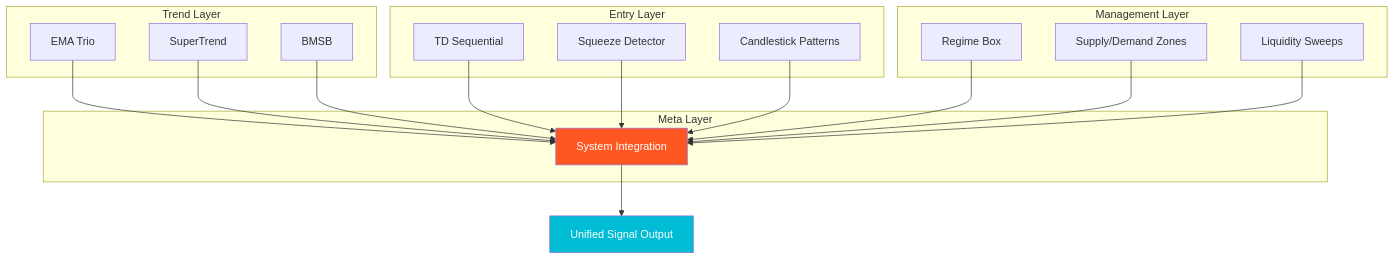
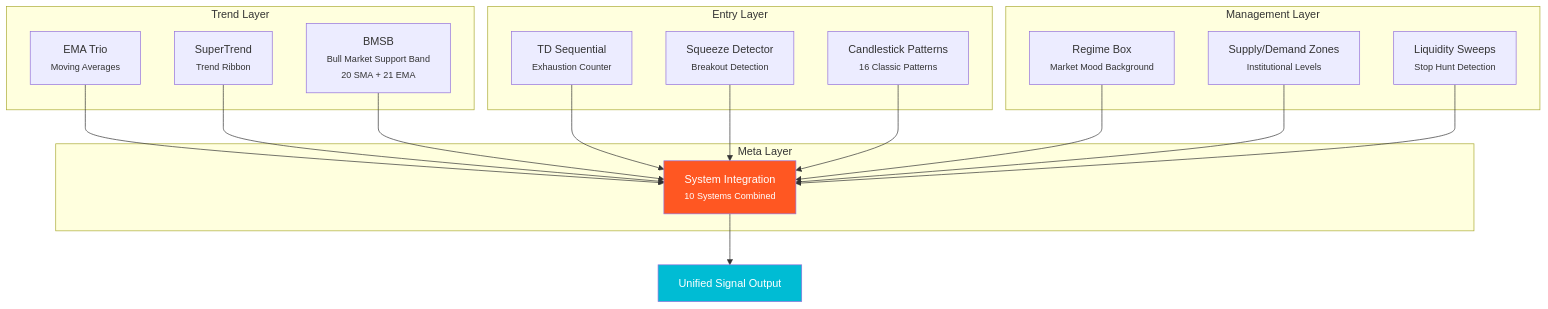
Before and after one commit to Signalpilot/signalpilot-docs: the seventh of 12 diagrams in MERMAID_DIAGRAMS.md, drawn with Mermaid. The commit also changed other lines of this file and 3 other files, not shown here.

````diff
--- a/MERMAID_DIAGRAMS.md
+++ b/MERMAID_DIAGRAMS.md
@@ -237,33 +241,33 @@
 ```mermaid
 graph TB
     subgraph "Trend Layer"
-        T1[EMA Trio]
-        T2[SuperTrend]
-        T3[BMSB]
+        T1[EMA Trio<br/><small>Moving Averages</small>]
+        T2[SuperTrend<br/><small>Trend Ribbon</small>]
+        T3[BMSB<br/><small>Bull Market Support Band<br/>20 SMA + 21 EMA</small>]
     end
 
     subgraph "Entry Layer"
-        E1[TD Sequential]
-        E2[Squeeze Detector]
-        E3[Candlestick Patterns]
+        E1[TD Sequential<br/><small>Exhaustion Counter</small>]
+        E2[Squeeze Detector<br/><small>Breakout Detection</small>]
+        E3[Candlestick Patterns<br/><small>16 Classic Patterns</small>]
     end
 
     subgraph "Management Layer"
-        M1[Regime Box]
-        M2[Supply/Demand Zones]
-        M3[Liquidity Sweeps]
+        M1[Regime Box<br/><small>Market Mood Background</small>]
+        M2[Supply/Demand Zones<br/><small>Institutional Levels</small>]
+        M3[Liquidity Sweeps<br/><small>Stop Hunt Detection</small>]
     end
 
     subgraph "Meta Layer"
-        META[System Integration]
+        META[System Integration<br/><small>10 Systems Combined</small>]
     end
 
     T1 & T2 & T3 --> META
     E1 & E2 & E3 --> META
     M1 & M2 & M3 --> META
 
     META --> Output[Unified Signal Output]
 
     style META fill:#ff5722,color:#fff
     style Output fill:#00bcd4,color:#fff
 ```
````
